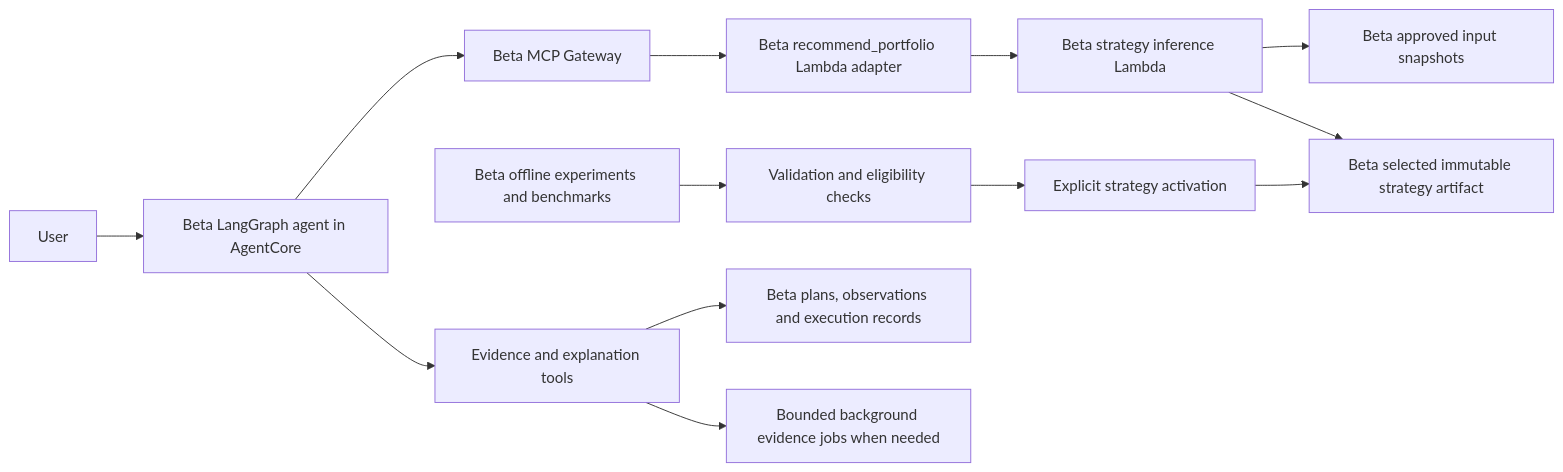
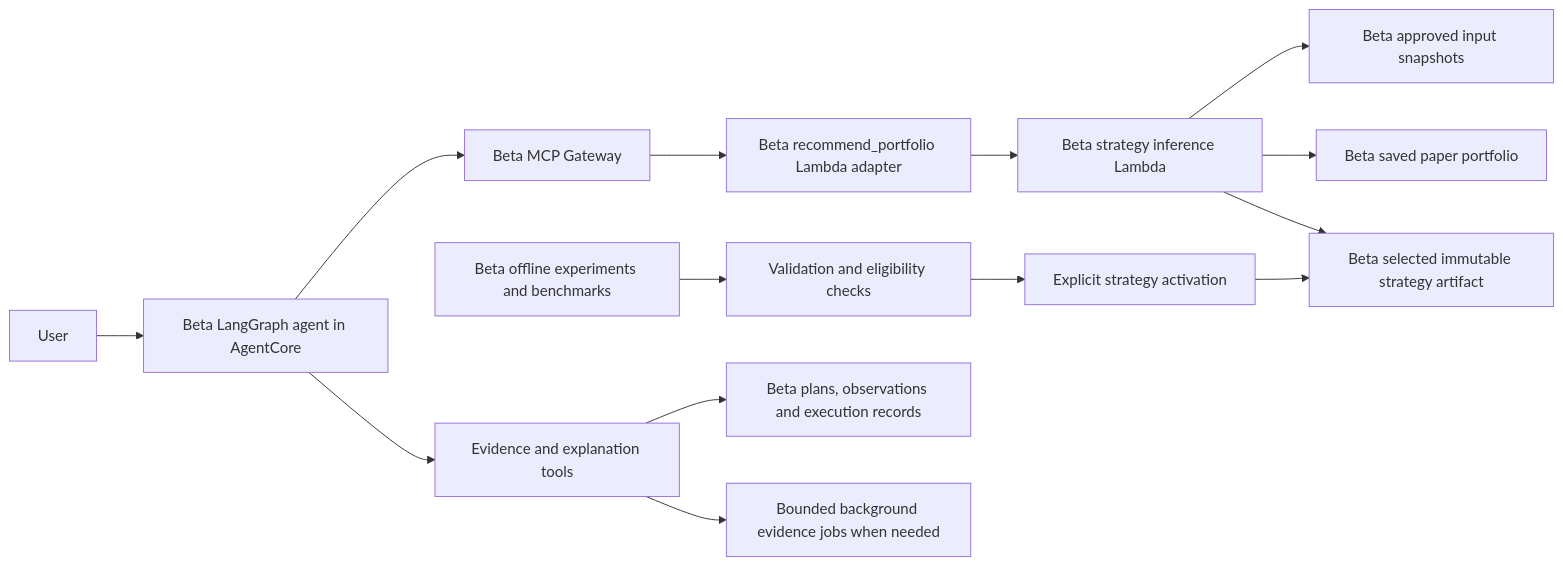
One commit to FilippoLentoni/FinanceAgent changed the first of 2 diagrams in docs/strategy-lifecycle.md. Above: the diagram before and after it, drawn with Mermaid. The commit also changed other lines of this file and 3 other files, not shown here.

Commit message:
Record verified beta saved-paper recommendations

````diff
--- a/docs/strategy-lifecycle.md
+++ b/docs/strategy-lifecycle.md
@@ -37,15 +38,16 @@
 ```mermaid
 flowchart LR
     U[User] --> A[Beta LangGraph agent in AgentCore]
     A --> G[Beta MCP Gateway]
     G --> T[Beta recommend_portfolio Lambda adapter]
     T --> S[Beta strategy inference Lambda]
     S --> P[Beta approved input snapshots]
+    S --> B[Beta saved paper portfolio]
     S --> R[Beta selected immutable strategy artifact]
     E[Beta offline experiments and benchmarks] --> V[Validation and eligibility checks]
     V --> X[Explicit strategy activation]
     X --> R
     A --> Q[Evidence and explanation tools]
     Q --> O[Beta plans, observations and execution records]
     Q --> J[Bounded background evidence jobs when needed]
 ```
````
